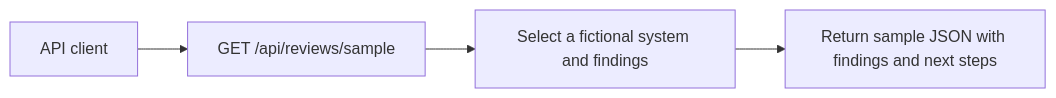
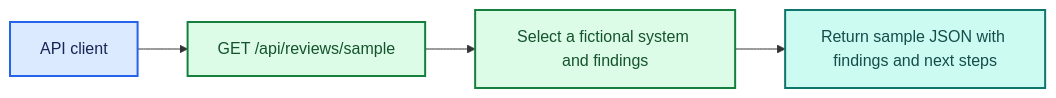
The seventh of 9 diagrams in flowdiagrams.md (girisheduru/archgovasst), drawn with Mermaid before and after one commit. The commit also changed other lines of this file and 18 other files, not shown here.

Commit message:
Nodes and architecture changed along with banners and comments

````diff
--- a/flowdiagrams.md
+++ b/flowdiagrams.md
@@ -123,6 +215,13 @@
 ```mermaid
 flowchart LR
     Client["API client"] --> Request["GET /api/reviews/sample"]
     Request --> Select["Select a fictional system and findings"]
     Select --> Response["Return sample JSON with findings and next steps"]
+
+    classDef user fill:#dbeafe,stroke:#2563eb,color:#172554,stroke-width:2px;
+    class Client user;
+    classDef process fill:#dcfce7,stroke:#15803d,color:#14532d,stroke-width:2px;
+    class Request,Select process;
+    classDef output fill:#ccfbf1,stroke:#0f766e,color:#134e4a,stroke-width:2px;
+    class Response output;
 ```
````
